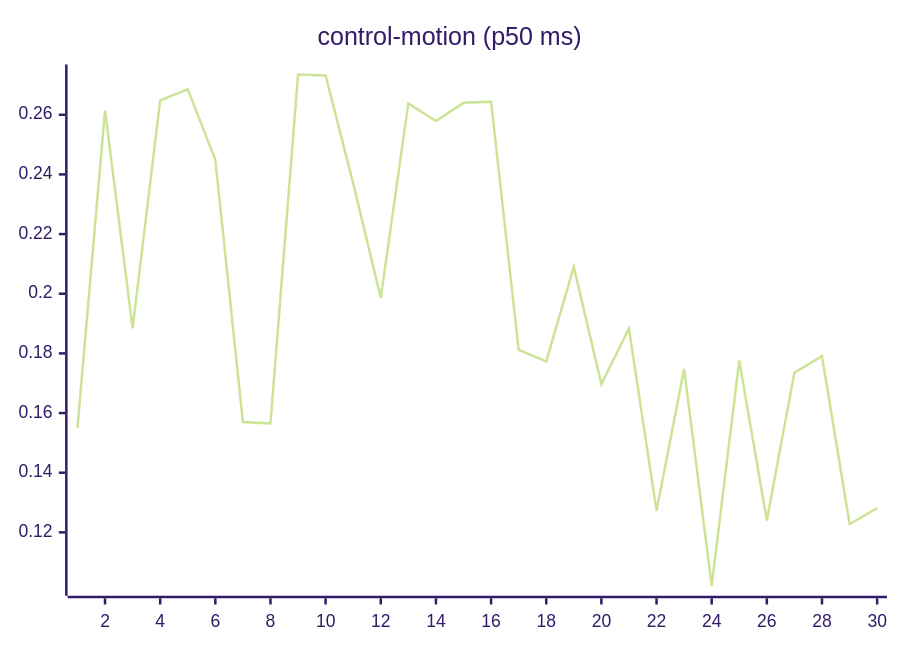
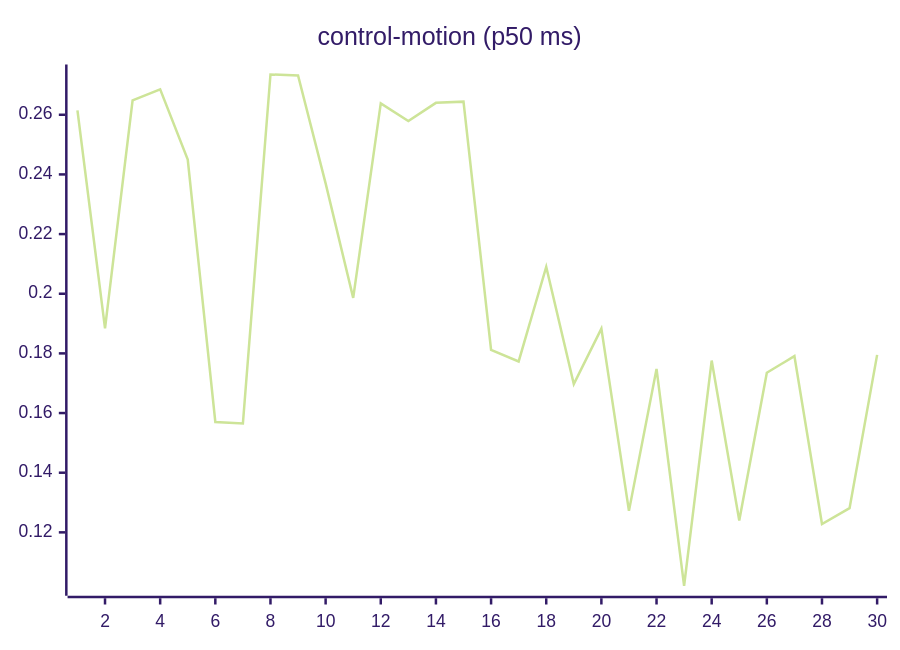
One commit to josha/Facet changed the seventh of 27 diagrams in README.md. Above: the diagram before and after it, drawn with Mermaid (forest theme). The commit also changed other lines of this file and 2 other files, not shown here.

````diff
--- a/README.md
+++ b/README.md
@@ -105,6 +105,6 @@
 ```mermaid
 xychart-beta
     title "control-motion (p50 ms)"
     x-axis 1 --> 30
-    line [0.1550, 0.2615, 0.1884, 0.2648, 0.2685, 0.2450, 0.1570, 0.1565, 0.2735, 0.2732, 0.2370, 0.1986, 0.2638, 0.2579, 0.2640, 0.2644, 0.1812, 0.1773, 0.2090, 0.1697, 0.1883, 0.1272, 0.1748, 0.1021, 0.1776, 0.1240, 0.1735, 0.1791, 0.1228, 0.1281]
+    line [0.2615, 0.1884, 0.2648, 0.2685, 0.2450, 0.1570, 0.1565, 0.2735, 0.2732, 0.2370, 0.1986, 0.2638, 0.2579, 0.2640, 0.2644, 0.1812, 0.1773, 0.2090, 0.1697, 0.1883, 0.1272, 0.1748, 0.1021, 0.1776, 0.1240, 0.1735, 0.1791, 0.1228, 0.1281, 0.1795]
 ```
````
